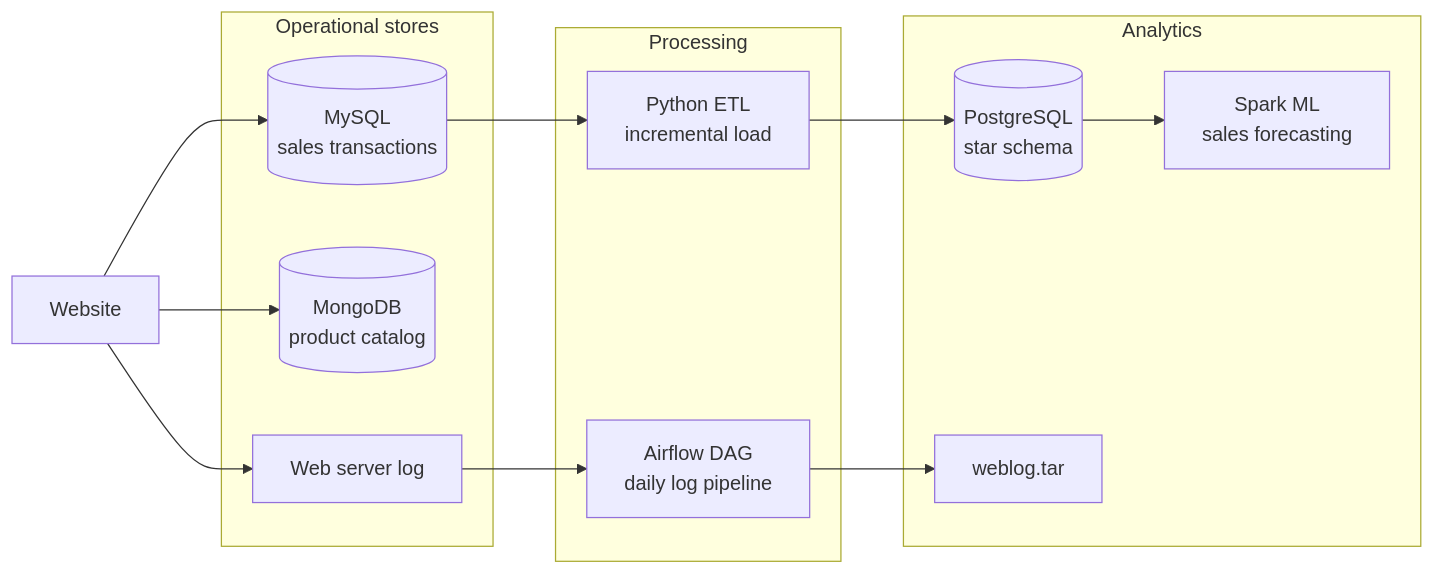
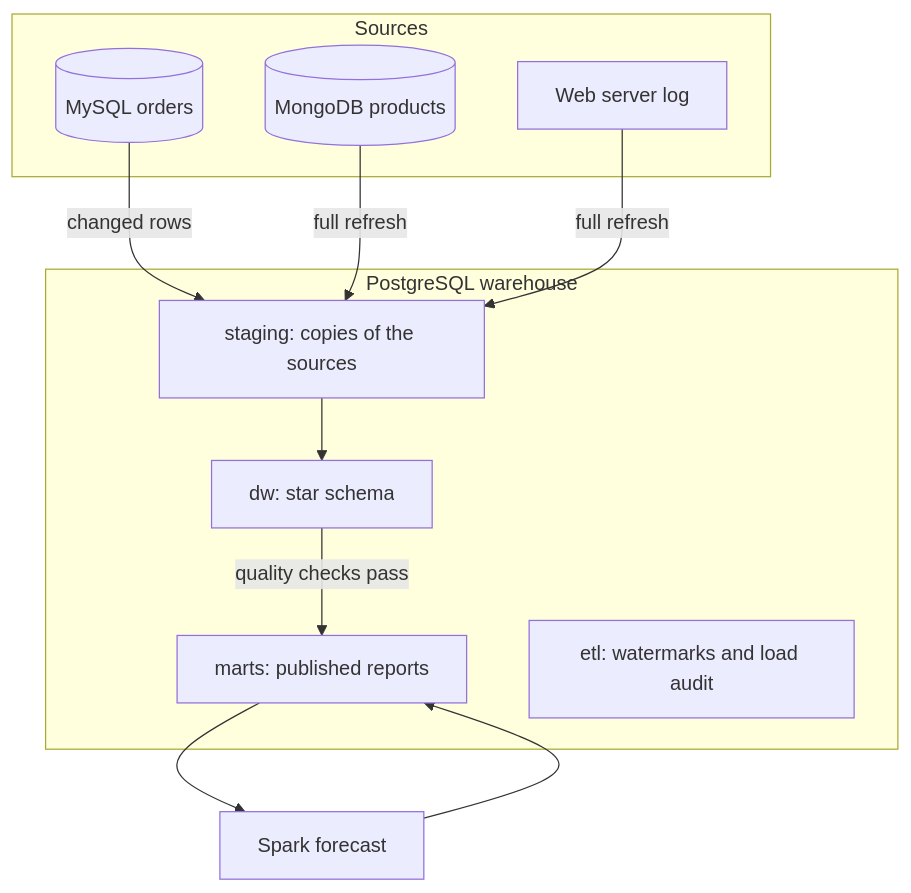
One commit to bunyamin-polat/cart-pulse changed the first of 2 diagrams in docs/architecture.md. Above: the diagram before and after it, drawn with Mermaid. The commit also changed other lines of this file and 4 other files, not shown here.

````diff
--- a/docs/architecture.md
+++ b/docs/architecture.md
@@ -5,30 +18,23 @@
 ```mermaid
-flowchart LR
-    web[Website]
-
-    subgraph sources[Operational stores]
-        mysql[(MySQL<br/>sales transactions)]
-        mongo[(MongoDB<br/>product catalog)]
+flowchart TD
+    subgraph sources[Sources]
+        mysql[(MySQL orders)]
+        mongo[(MongoDB products)]
         log[Web server log]
     end
 
-    subgraph processing[Processing]
-        etl[Python ETL<br/>incremental load]
-        airflow[Airflow DAG<br/>daily log pipeline]
+    subgraph warehouse[PostgreSQL warehouse]
+        staging[staging: copies of the sources]
+        dw[dw: star schema]
+        marts[marts: published reports]
+        etl[etl: watermarks and load audit]
     end
 
-    subgraph analytics[Analytics]
-        pg[(PostgreSQL<br/>star schema)]
-        spark[Spark ML<br/>sales forecasting]
-        archive[weblog.tar]
-    end
-
-    web --> mysql
-    web --> mongo
-    web --> log
-    mysql --> etl
-    etl --> pg
-    pg --> spark
-    log --> airflow
-    airflow --> archive
+    mysql -->|changed rows| staging
+    mongo -->|full refresh| staging
+    log -->|full refresh| staging
+    staging --> dw
+    dw -->|quality checks pass| marts
+    marts --> spark[Spark forecast]
+    spark --> marts
 ```
````
